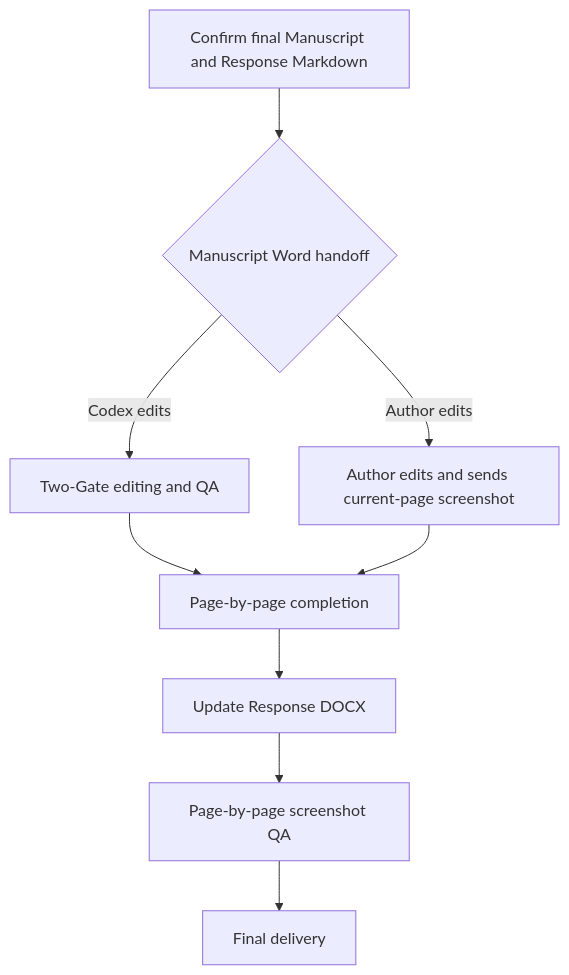
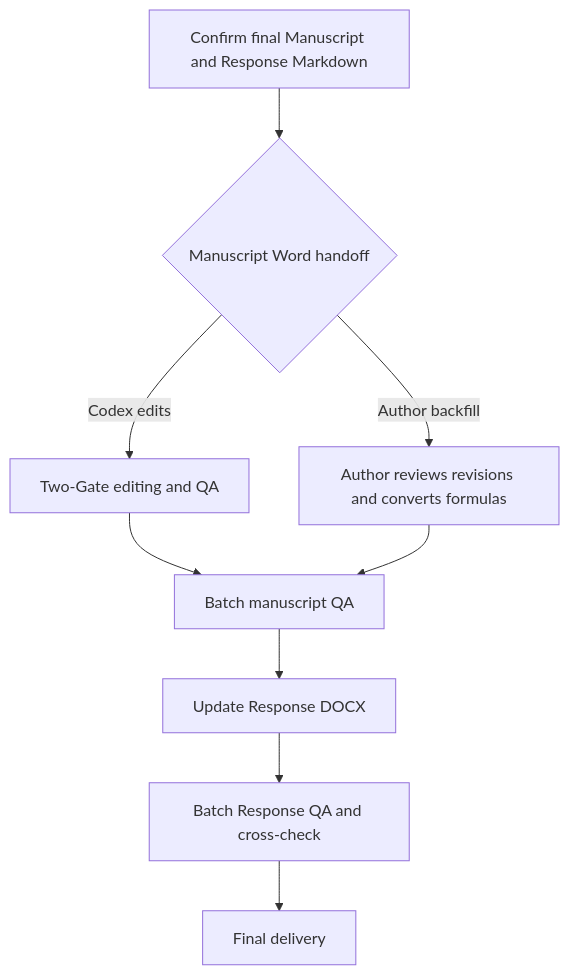
Before and after one commit to 441837297/ocean-paper-writer: the diagram in references/workflow/docx-compare.md, drawn with Mermaid. The commit also changed other lines of this file and 6 other files, not shown here.

````diff
--- a/references/workflow/docx-compare.md
+++ b/references/workflow/docx-compare.md
@@ -8,11 +8,11 @@
 ```mermaid
 flowchart TD
     A[Confirm final Manuscript and Response Markdown] --> B{Manuscript Word handoff}
     B -->|Codex edits| C[Two-Gate editing and QA]
-    B -->|Author edits| D[Author edits and sends current-page screenshot]
-    C --> E[Page-by-page completion]
+    B -->|Author backfill| D[Author reviews revisions and converts formulas]
+    C --> E[Batch manuscript QA]
     D --> E
     E --> F[Update Response DOCX]
-    F --> G[Page-by-page screenshot QA]
+    F --> G[Batch Response QA and cross-check]
     G --> H[Final delivery]
 ```
````
